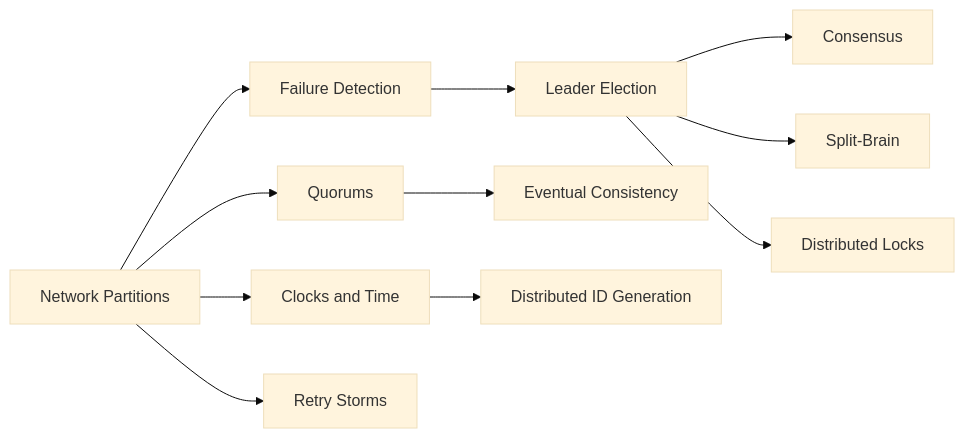
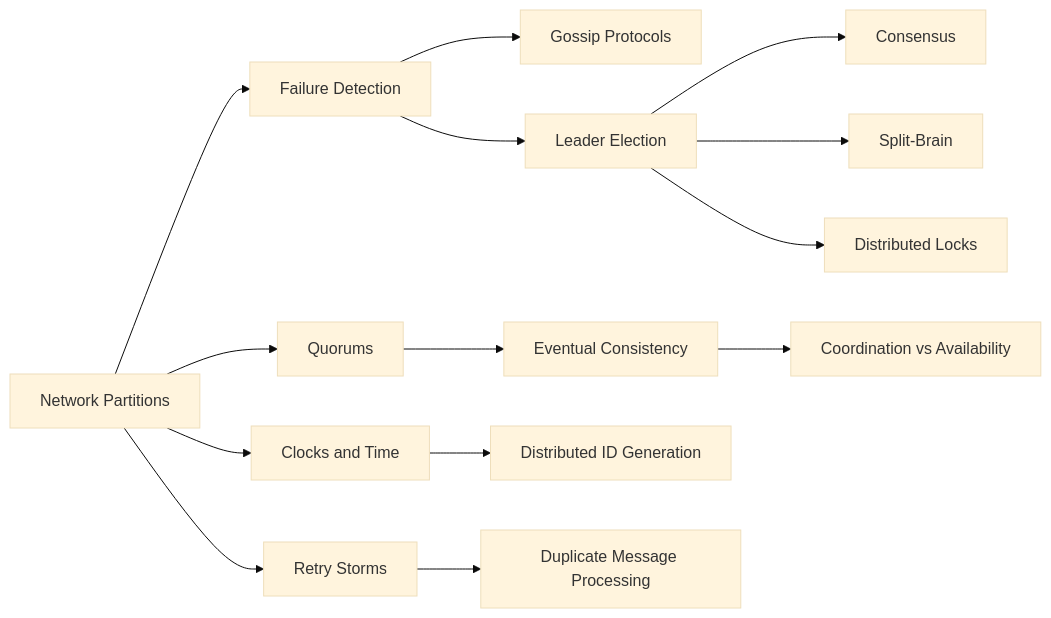
One commit to kunal-ladh/learn-system-design changed the diagram in HLD/01 HLD & System Design/Distributed Systems/Distributed Systems MOC.md. Above: the diagram before and after it, drawn with Mermaid (base theme). The commit also changed other lines of this file and 195 other files, not shown here.

````diff
--- a/HLD/01 HLD & System Design/Distributed Systems/Distributed Systems MOC.md
+++ b/HLD/01 HLD & System Design/Distributed Systems/Distributed Systems MOC.md
@@ -23,13 +25,17 @@
 ```mermaid
 flowchart LR
     A[Network Partitions] --> B[Failure Detection]
+    B --> M[Gossip Protocols]
     B --> C[Leader Election]
     C --> D[Consensus]
     C --> E[Split-Brain]
     A --> F[Quorums]
     F --> G[Eventual Consistency]
+    G --> N[Coordination vs Availability]
     C --> H[Distributed Locks]
     A --> I[Clocks and Time]
     I --> J[Distributed ID Generation]
     A --> K[Retry Storms]
+    K --> L[Duplicate Message Processing]
+    class A,B,C,D,E,F,G,H,I,J,K,L,M,N internal-link;
 ```
````
